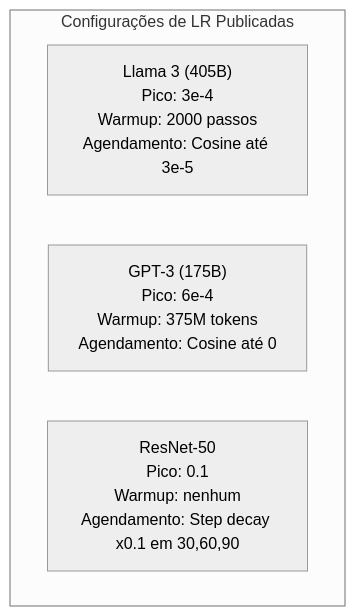
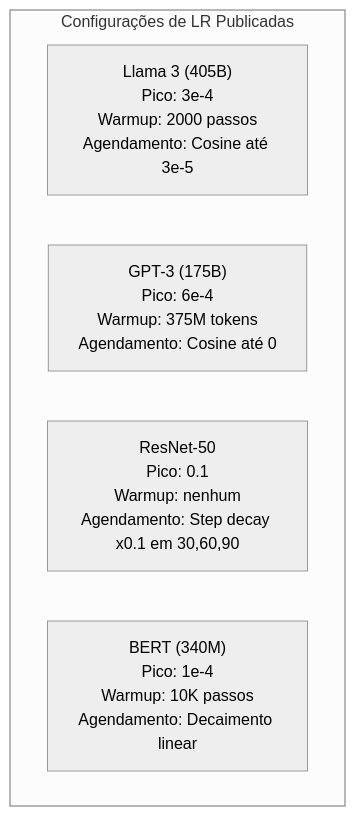
One commit to K3lvin-dev/ai-engineering-from-scratch changed the third of 3 diagrams in phases/03-deep-learning-core/09-learning-rate-schedules/docs/pt-br.md. Above: the diagram before and after it, drawn with Mermaid (neutral theme). The commit also changed other lines of this file and 11 other files, not shown here.

````diff
--- a/phases/03-deep-learning-core/09-learning-rate-schedules/docs/pt-br.md
+++ b/phases/03-deep-learning-core/09-learning-rate-schedules/docs/pt-br.md
@@ -91,8 +145,9 @@
 ```mermaid
 graph TD
     subgraph "Configurações de LR Publicadas"
         L3["Llama 3 (405B)<br/>Pico: 3e-4<br/>Warmup: 2000 passos<br/>Agendamento: Cosine até 3e-5"]
         G3["GPT-3 (175B)<br/>Pico: 6e-4<br/>Warmup: 375M tokens<br/>Agendamento: Cosine até 0"]
         R50["ResNet-50<br/>Pico: 0.1<br/>Warmup: nenhum<br/>Agendamento: Step decay x0.1 em 30,60,90"]
+        B["BERT (340M)<br/>Pico: 1e-4<br/>Warmup: 10K passos<br/>Agendamento: Decaimento linear"]
     end
 ```
````
